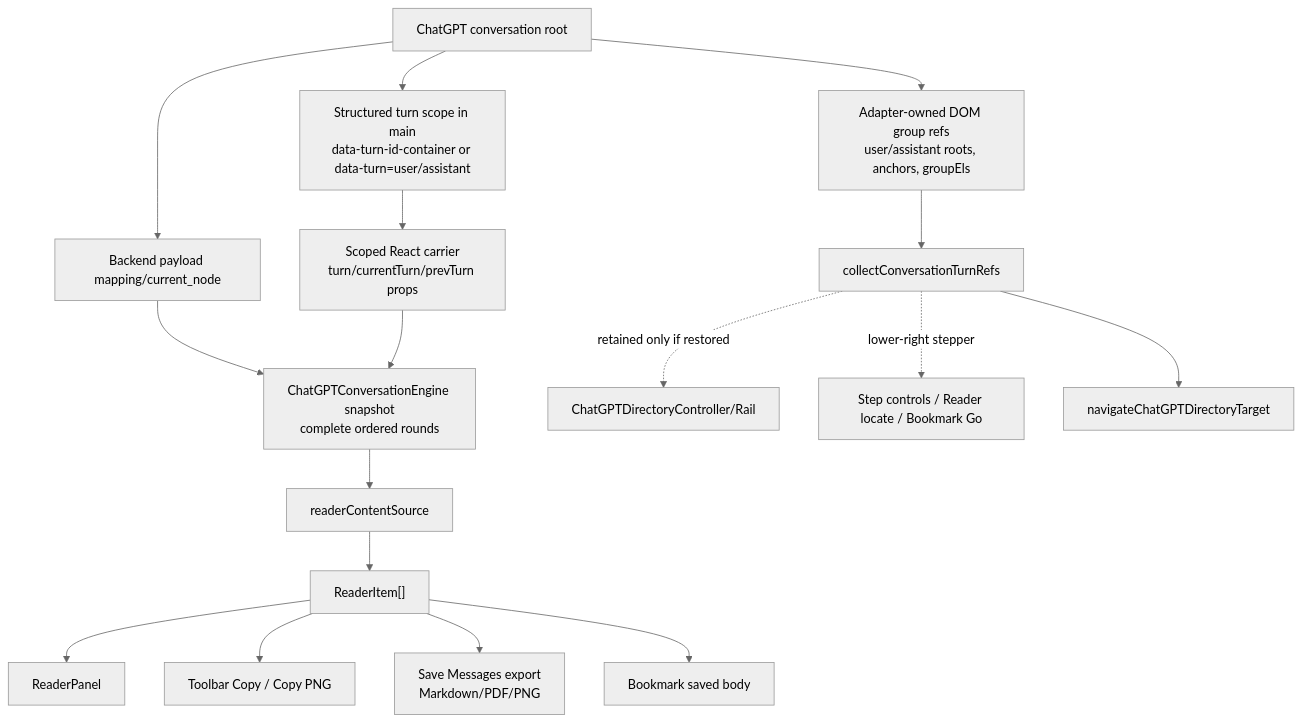
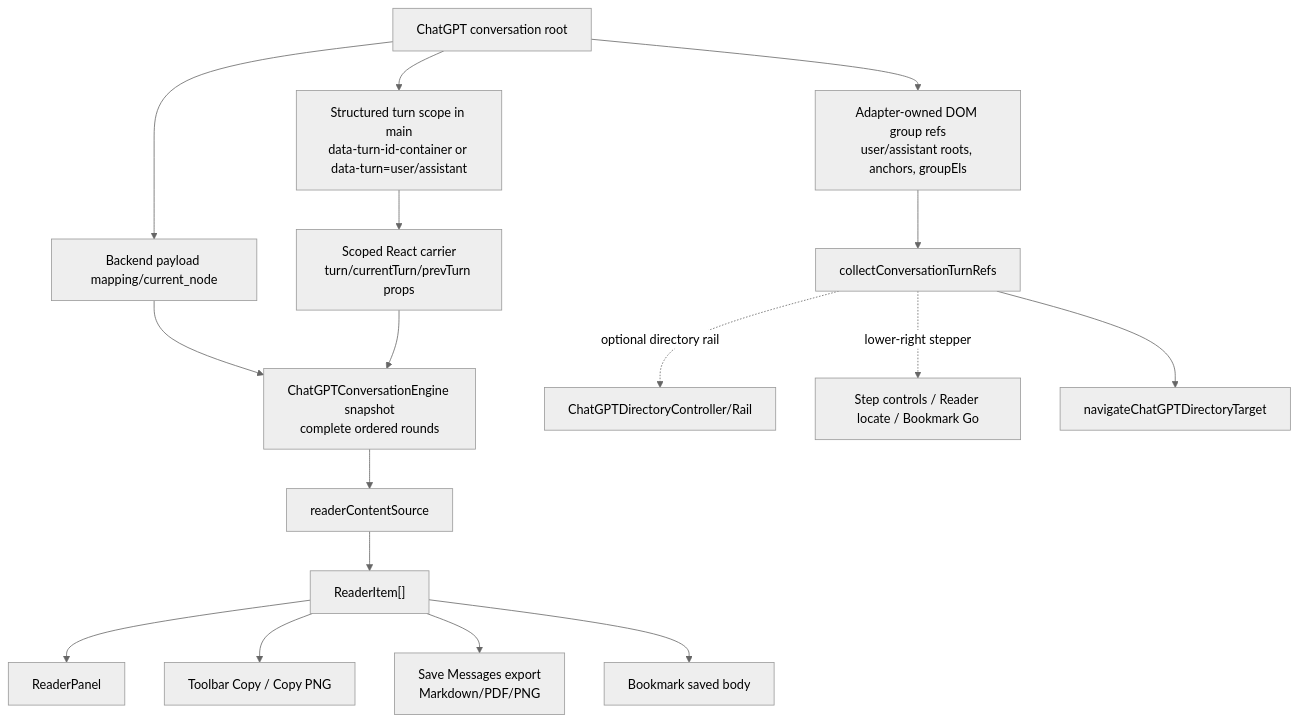
The diagram in docs/architecture/CURRENT_STATE.md (zhaoliangbin42/AI-MarkDone), drawn with Mermaid (neutral theme) before and after one commit. The commit also changed other lines of this file and 3 other files, not shown here.

````diff
--- a/docs/architecture/CURRENT_STATE.md
+++ b/docs/architecture/CURRENT_STATE.md
@@ -103,36 +103,36 @@
 ```mermaid
 flowchart TD
     Root["ChatGPT conversation root"]
     Payload["Backend payload mapping/current_node"]
     Scope["Structured turn scope in main<br/>data-turn-id-container or data-turn=user/assistant"]
     Carrier["Scoped React carrier<br/>turn/currentTurn/prevTurn props"]
     Snapshot["ChatGPTConversationEngine snapshot<br/>complete ordered rounds"]
     ReaderSource["readerContentSource"]
     ReaderItems["ReaderItem[]"]
     Reader["ReaderPanel"]
     ToolbarCopy["Toolbar Copy / Copy PNG"]
     Export["Save Messages export<br/>Markdown/PDF/PNG"]
     BookmarkBody["Bookmark saved body"]
     AdapterGroups["Adapter-owned DOM group refs<br/>user/assistant roots, anchors, groupEls"]
     TurnRefs["collectConversationTurnRefs"]
     Directory["ChatGPTDirectoryController/Rail"]
     StepControls["Step controls / Reader locate / Bookmark Go"]
     Navigation["navigateChatGPTDirectoryTarget"]
 
     Root --> Payload
     Root --> Scope
     Scope --> Carrier
     Payload --> Snapshot
     Carrier --> Snapshot
     Snapshot --> ReaderSource
     ReaderSource --> ReaderItems
     ReaderItems --> Reader
     ReaderItems --> ToolbarCopy
     ReaderItems --> Export
     ReaderItems --> BookmarkBody
     Root --> AdapterGroups
     AdapterGroups --> TurnRefs
     TurnRefs --> Navigation
-    TurnRefs -. "retained only if restored" .-> Directory
+    TurnRefs -. "optional directory rail" .-> Directory
     TurnRefs -. "lower-right stepper" .-> StepControls
 ```
````
